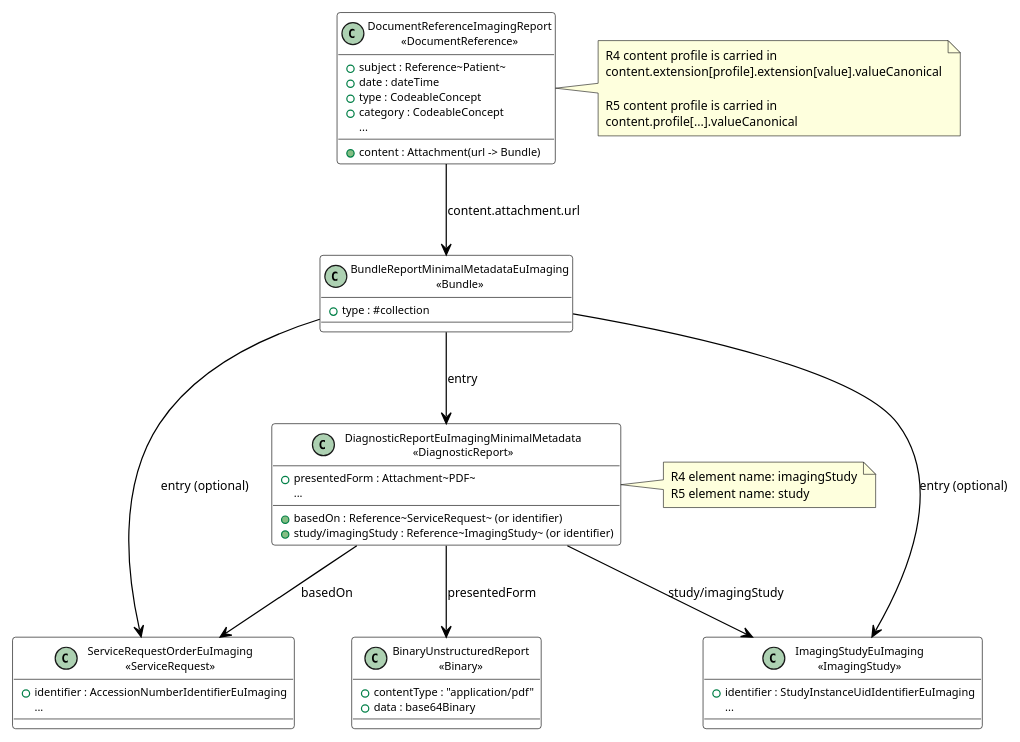
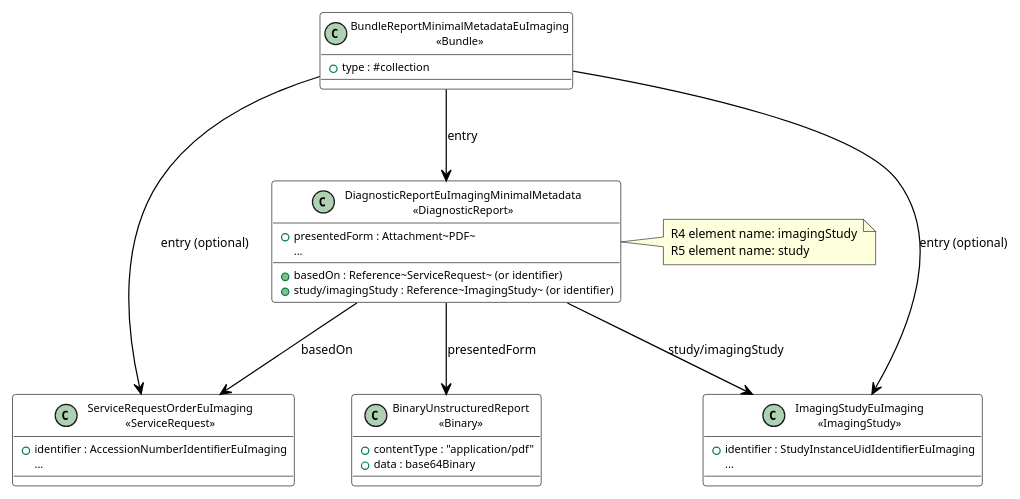
One commit to hl7-eu/imaging changed the diagram in ig-src/input/images-source/data-format-basic-metadata.plantuml. Above: the diagram before and after it, drawn with PlantUML. The commit also changed 51 other files, not shown here.

```diff
--- a/ig-src/input/images-source/data-format-basic-metadata.plantuml
+++ b/ig-src/input/images-source/data-format-basic-metadata.plantuml
@@ -1,70 +1,52 @@
 @startuml data-format-basic-metadata
 
 skinparam backgroundColor white
 skinparam handwritten false
 skinparam defaultFontSize 10
 skinparam classAttributeFontSize 9
 
 skinparam class {
   BackgroundColor White
   BorderColor Black
   ArrowColor Black
-}
-
-class "DocumentReferenceImagingReport\n<<DocumentReference>>" as DocumentReferenceImagingReport [[./StructureDefinition-DocumentReferenceImagingReport.html]] {
-  +subject : Reference~Patient~
-  +date : dateTime
-  +type : CodeableConcept
-  +category : CodeableConcept
-  +content : Attachment(url -> Bundle)
-  ...
 }
 
 class "BundleReportMinimalMetadataEuImaging\n<<Bundle>>" as BundleReportMinimalMetadataEuImaging [[./StructureDefinition-BundleReportMinimalMetadataEuImaging.html]] {
   +type : #collection
 }
 
 class "DiagnosticReportEuImagingMinimalMetadata\n<<DiagnosticReport>>" as DiagnosticReportEuImagingMinimalMetadata [[./StructureDefinition-DiagnosticReportEuImagingMinimalMetadata.html]] {
   +presentedForm : Attachment~PDF~
   +basedOn : Reference~ServiceRequest~ (or identifier)
   +study/imagingStudy : Reference~ImagingStudy~ (or identifier)
   ...
 }
 
 class "ImagingStudyEuImaging\n<<ImagingStudy>>" as ImagingStudyEuImaging [[./StructureDefinition-ImagingStudyEuImaging.html]] {
   +identifier : StudyInstanceUidIdentifierEuImaging
   ...
 }
 
 class "ServiceRequestOrderEuImaging\n<<ServiceRequest>>" as ServiceRequestOrderEuImaging [[./StructureDefinition-ServiceRequestOrderEuImaging.html]] {
   +identifier : AccessionNumberIdentifierEuImaging
   ...
 }
 
 class "BinaryUnstructuredReport\n<<Binary>>" as BinaryUnstructuredReport [[./Binary-BinaryUnstructuredReport.html]] {
   +contentType : "application/pdf"
   +data : base64Binary
 }
 
-DocumentReferenceImagingReport --> BundleReportMinimalMetadataEuImaging : content.attachment.url
 BundleReportMinimalMetadataEuImaging --> DiagnosticReportEuImagingMinimalMetadata : entry
 BundleReportMinimalMetadataEuImaging --> ImagingStudyEuImaging : entry (optional)
 BundleReportMinimalMetadataEuImaging --> ServiceRequestOrderEuImaging : entry (optional)
 DiagnosticReportEuImagingMinimalMetadata --> BinaryUnstructuredReport : presentedForm
 DiagnosticReportEuImagingMinimalMetadata --> ImagingStudyEuImaging : study/imagingStudy
 DiagnosticReportEuImagingMinimalMetadata --> ServiceRequestOrderEuImaging : basedOn
 
 note right of DiagnosticReportEuImagingMinimalMetadata
 R4 element name: imagingStudy
 R5 element name: study
 end note
 
-note right of DocumentReferenceImagingReport
-R4 content profile is carried in
-content.extension[profile].extension[value].valueCanonical
-
-R5 content profile is carried in
-content.profile[...].valueCanonical
-end note
-
 @enduml
```
